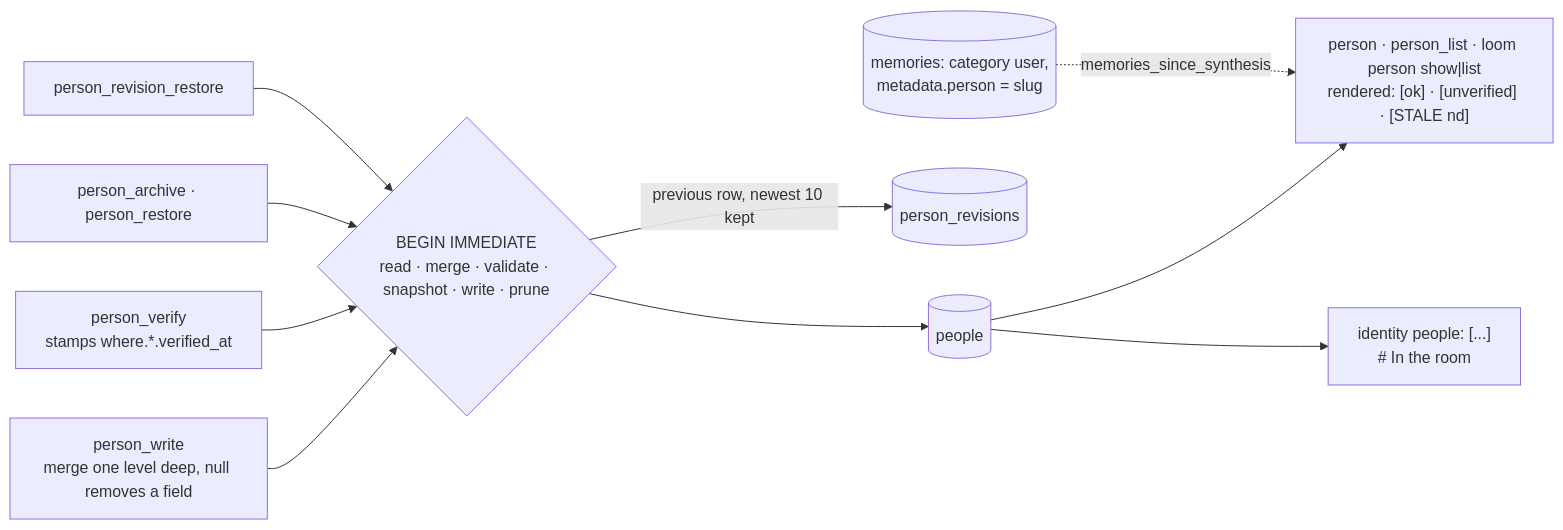
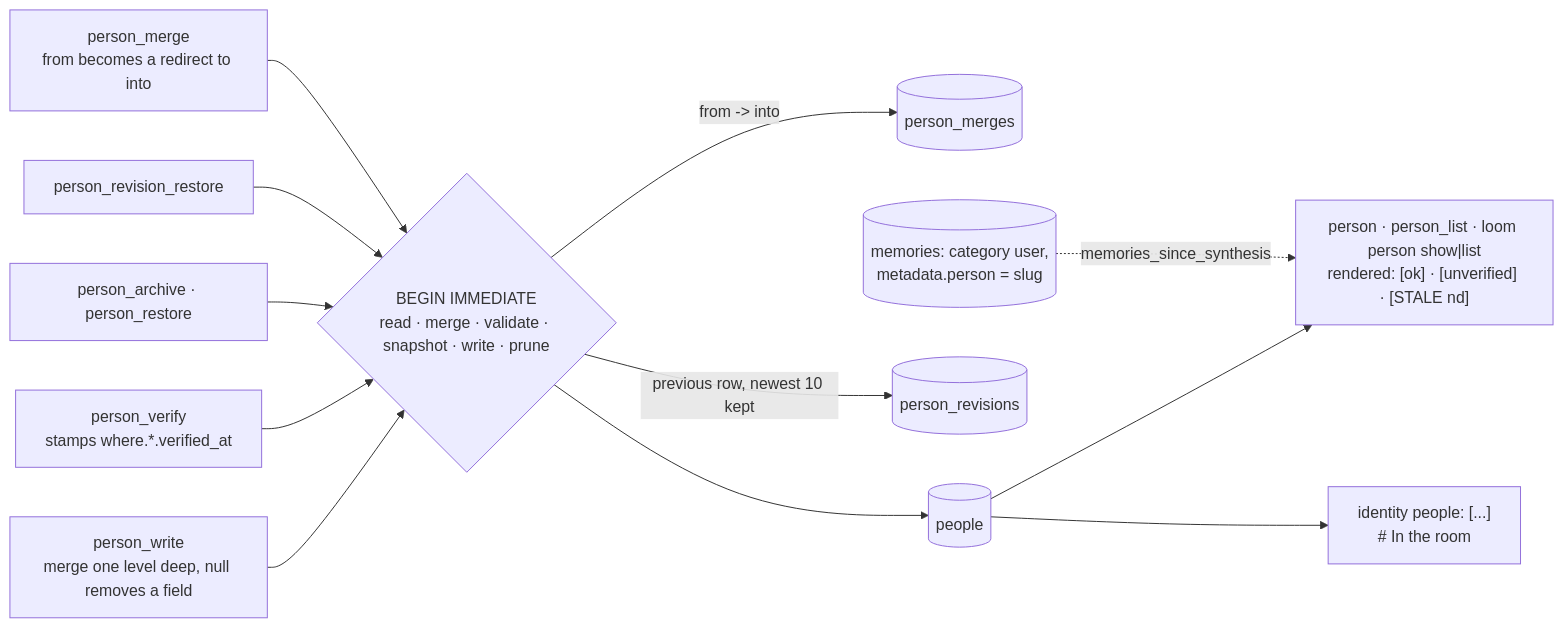
One commit to sleepunit-agents/loom changed the fourth of 4 diagrams in docs/architecture.md. Above: the diagram before and after it, drawn with Mermaid. The commit also changed other lines of this file and 28 other files, not shown here.

First line of the commit message:
people: merge two person cards into one (person_merge, loom person merge, POST /api/loom/people/merge)

````diff
--- a/docs/architecture.md
+++ b/docs/architecture.md
@@ -177,12 +177,14 @@
 ```mermaid
 flowchart LR
   PW["person_write<br/>merge one level deep, null removes a field"] --> TX{"BEGIN IMMEDIATE<br/>read · merge · validate · snapshot · write · prune"}
   PV["person_verify<br/>stamps where.*.verified_at"] --> TX
   PA["person_archive · person_restore"] --> TX
   PR["person_revision_restore"] --> TX
+  PM["person_merge<br/>from becomes a redirect to into"] --> TX
+  TX -- "from -> into" --> MG[("person_merges")]
   TX --> PT[("people")]
   TX -- "previous row, newest 10 kept" --> RV[("person_revisions")]
   PT --> RD["person · person_list · loom person show|list<br/>rendered: [ok] · [unverified] · [STALE nd]"]
   PT --> ROOM["identity people: [...]<br/># In the room"]
   MEM[("memories: category user,<br/>metadata.person = slug")] -. "memories_since_synthesis" .-> RD
 ```
````
